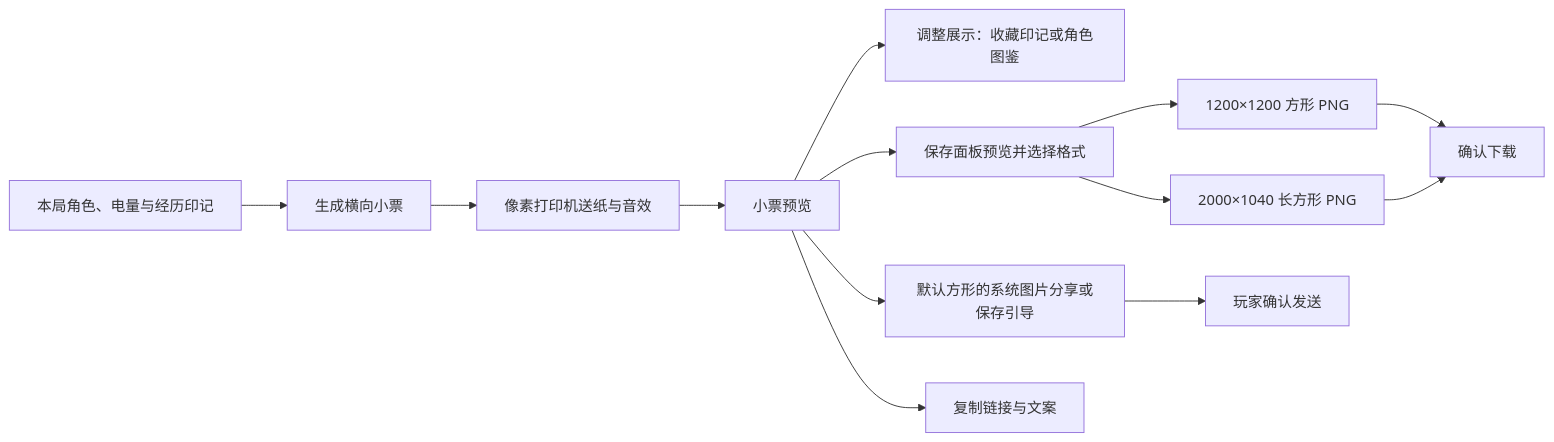
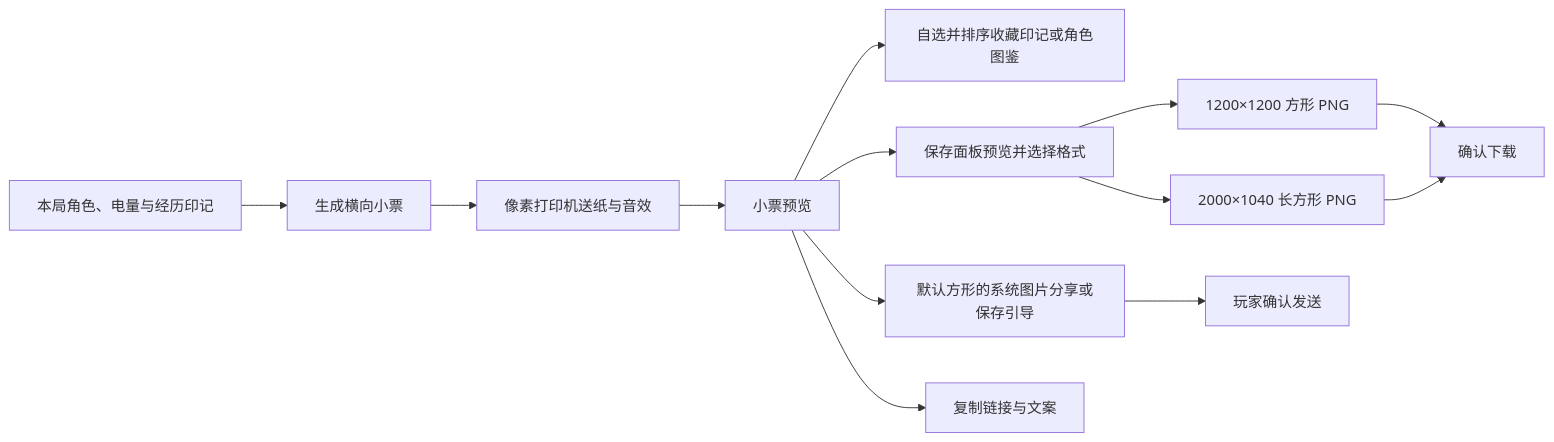
One commit to wsLuYao/social-battery-game changed the fourth of 4 diagrams in README.md. Above: the diagram before and after it, drawn with Mermaid. The commit also changed other lines of this file and 639 other files, not shown here.

````diff
--- a/README.md
+++ b/README.md
@@ -144,15 +144,15 @@
 ```mermaid
 flowchart LR
     A[本局角色、电量与经历印记] --> B[生成横向小票]
     B --> C[像素打印机送纸与音效]
     C --> D[小票预览]
-    D --> M[调整展示：收藏印记或角色图鉴]
+    D --> M[自选并排序收藏印记或角色图鉴]
     D --> E[保存面板预览并选择格式]
     E --> S[1200×1200 方形 PNG]
     E --> L[2000×1040 长方形 PNG]
     S --> P[确认下载]
     L --> P
     D --> F[默认方形的系统图片分享或保存引导]
     D --> G[复制链接与文案]
     F --> H[玩家确认发送]
 ```
````
